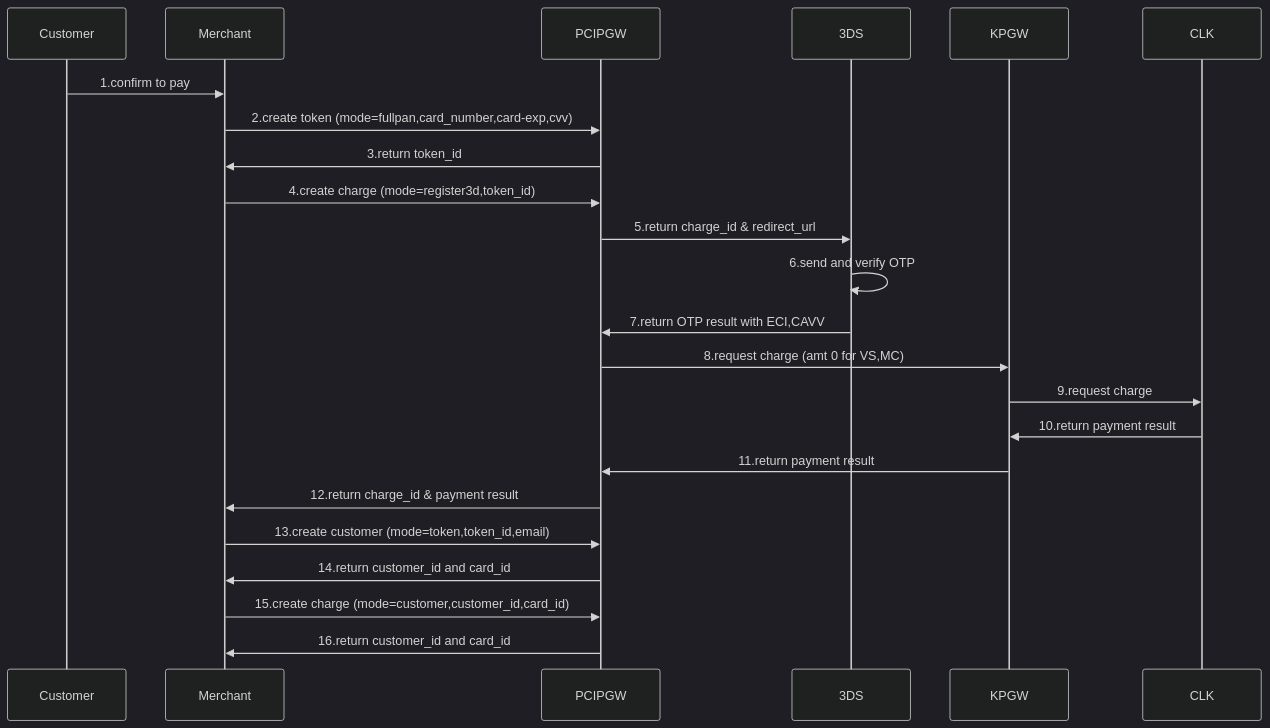
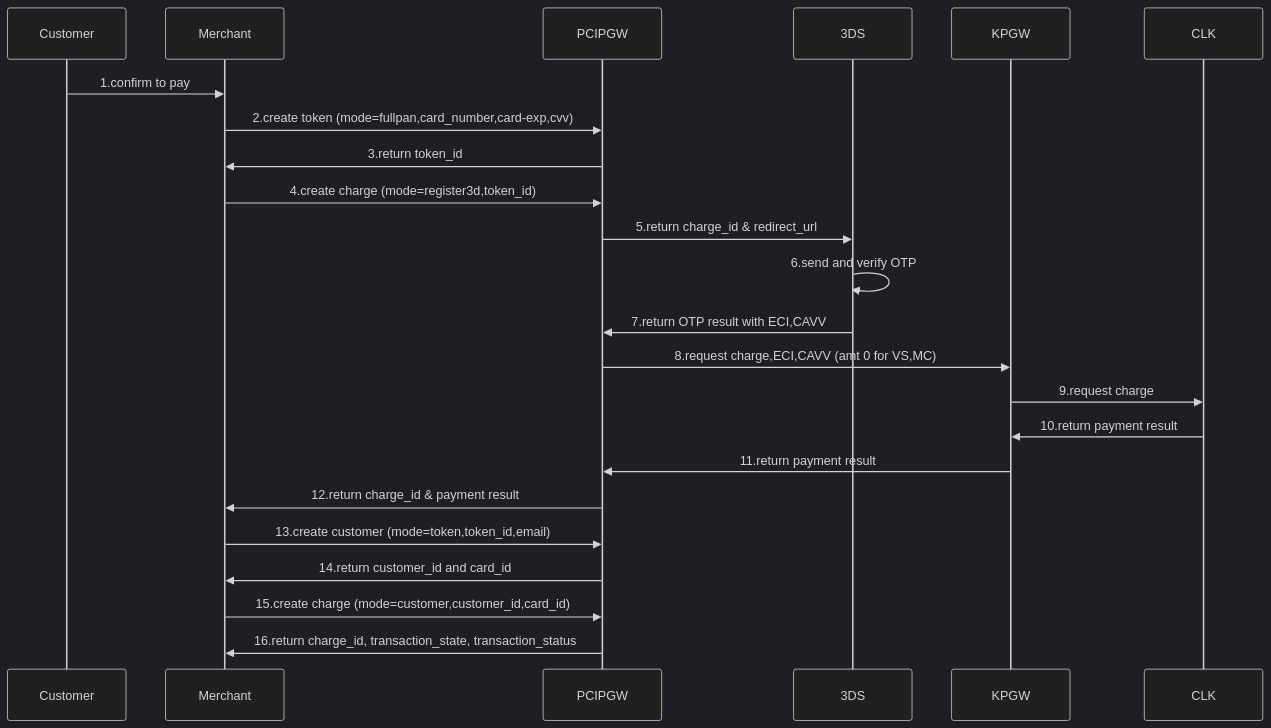
The third of 6 diagrams in Cybs-Ph2-Flow1.md (yuusuke25/MyNotes), drawn with Mermaid (dark theme) before and after one commit. The commit also changed other lines of this file, not shown here.

````diff
--- a/Cybs-Ph2-Flow1.md
+++ b/Cybs-Ph2-Flow1.md
@@ -45,21 +45,21 @@
 ```mermaid
     sequenceDiagram
         Customer->>Merchant:1.confirm to pay
         Merchant->>PCIPGW:2.create token (mode=fullpan,card_number,card-exp,cvv)
         PCIPGW->>Merchant:3.return token_id
         Merchant->>PCIPGW:4.create charge (mode=register3d,token_id)
         PCIPGW->>3DS:5.return charge_id & redirect_url
         3DS->>3DS:6.send and verify OTP
         3DS->>PCIPGW:7.return OTP result with ECI,CAVV
-        PCIPGW->>KPGW:8.request charge (amt 0 for VS,MC)
+        PCIPGW->>KPGW:8.request charge,ECI,CAVV (amt 0 for VS,MC)
         KPGW->>CLK:9.request charge
         CLK->>KPGW:10.return payment result
         KPGW->>PCIPGW:11.return payment result
         PCIPGW->>Merchant:12.return charge_id & payment result
 
         Merchant->>PCIPGW:13.create customer (mode=token,token_id,email)
         PCIPGW->>Merchant:14.return customer_id and card_id
 
         Merchant->>PCIPGW:15.create charge (mode=customer,customer_id,card_id)
-        PCIPGW->>Merchant:16.return customer_id and card_id
+        PCIPGW->>Merchant:16.return charge_id, transaction_state, transaction_status
 ```
````
